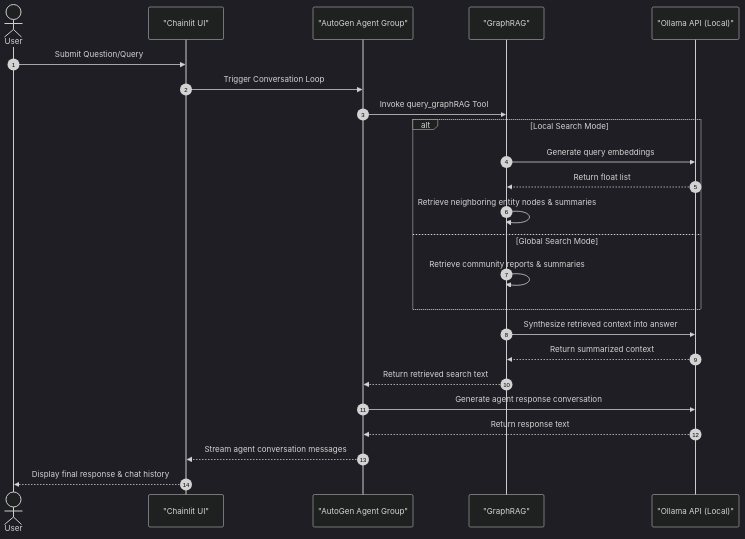
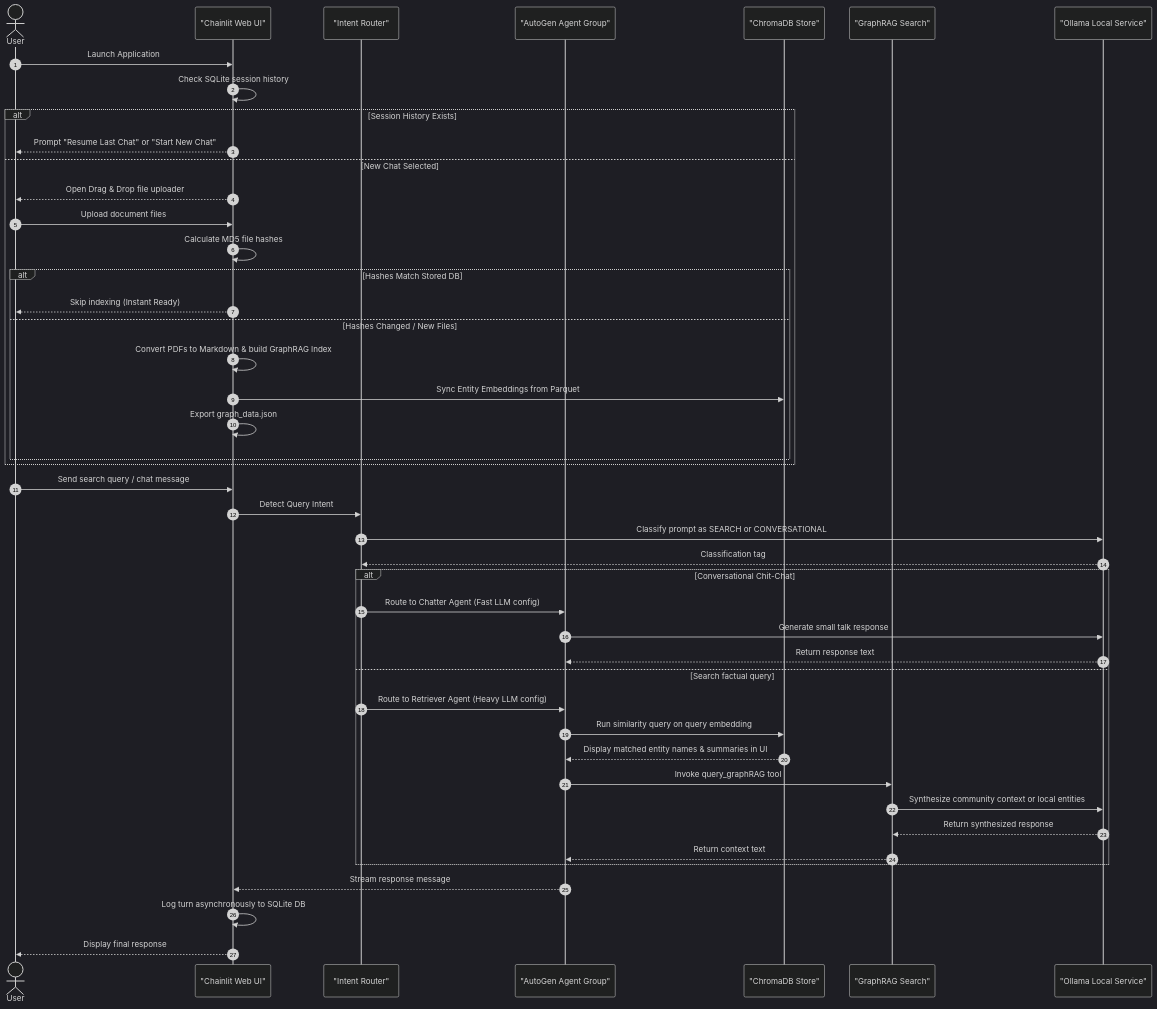
Before and after one commit to Sh1vaay/OllaGraph-Agents: the second of 2 diagrams in README.md, drawn with Mermaid (dark theme). The commit also changed other lines of this file and 6 other files, not shown here.

Commit message:
refactor: overhaul system architecture with persistent SQLite state, intent-based multi-model routing, incremental indexing, and an interactive 3D WebGL graph visualizer.

````diff
--- a/README.md
+++ b/README.md
@@ -49,27 +62,50 @@
 ```mermaid
 sequenceDiagram
     autonumber
     actor User
-    participant UI as "Chainlit UI"
+    participant UI as "Chainlit Web UI"
+    participant Router as "Intent Router"
     participant Agent as "AutoGen Agent Group"
-    participant RAG as "GraphRAG"
-    participant Ollama as "Ollama API (Local)"
+    participant Chroma as "ChromaDB Store"
+    participant RAG as "GraphRAG Search"
+    participant Ollama as "Ollama Local Service"
 
-    User->>UI: Submit Question/Query
-    UI->>Agent: Trigger Conversation Loop
-    Agent->>RAG: Invoke query_graphRAG Tool
-    alt Local Search Mode
-        RAG->>Ollama: Generate query embeddings
-        Ollama-->>RAG: Return float list
-        RAG->>RAG: Retrieve neighboring entity nodes & summaries
-    else Global Search Mode
-        RAG->>RAG: Retrieve community reports & summaries
+    User->>UI: Launch Application
+    UI->>UI: Check SQLite session history
+    alt Session History Exists
+        UI-->>User: Prompt "Resume Last Chat" or "Start New Chat"
+    else New Chat Selected
+        UI-->>User: Open Drag & Drop file uploader
+        User->>UI: Upload document files
+        UI->>UI: Calculate MD5 file hashes
+        alt Hashes Match Stored DB
+            UI-->>User: Skip indexing (Instant Ready)
+        else Hashes Changed / New Files
+            UI->>UI: Convert PDFs to Markdown & build GraphRAG Index
+            UI->>Chroma: Sync Entity Embeddings from Parquet
+            UI->>UI: Export graph_data.json
+        end
     end
-    RAG->>Ollama: Synthesize retrieved context into answer
-    Ollama-->>RAG: Return summarized context
-    RAG-->>Agent: Return retrieved search text
-    Agent->>Ollama: Generate agent response conversation
-    Ollama-->>Agent: Return response text
-    Agent-->>UI: Stream agent conversation messages
-    UI-->>User: Display final response & chat history
+    
+    User->>UI: Send search query / chat message
+    UI->>Router: Detect Query Intent
+    Router->>Ollama: Classify prompt as SEARCH or CONVERSATIONAL
+    Ollama-->>Router: Classification tag
+    
+    alt Conversational Chit-Chat
+        Router->>Agent: Route to Chatter Agent (Fast LLM config)
+        Agent->>Ollama: Generate small talk response
+        Ollama-->>Agent: Return response text
+    else Search factual query
+        Router->>Agent: Route to Retriever Agent (Heavy LLM config)
+        Agent->>Chroma: Run similarity query on query embedding
+        Chroma-->>Agent: Display matched entity names & summaries in UI
+        Agent->>RAG: Invoke query_graphRAG tool
+        RAG->>Ollama: Synthesize community context or local entities
+        Ollama-->>RAG: Return synthesized response
+        RAG-->>Agent: Return context text
+    end
+    Agent-->>UI: Stream response message
+    UI->>UI: Log turn asynchronously to SQLite DB
+    UI-->>User: Display final response
 ```
````
